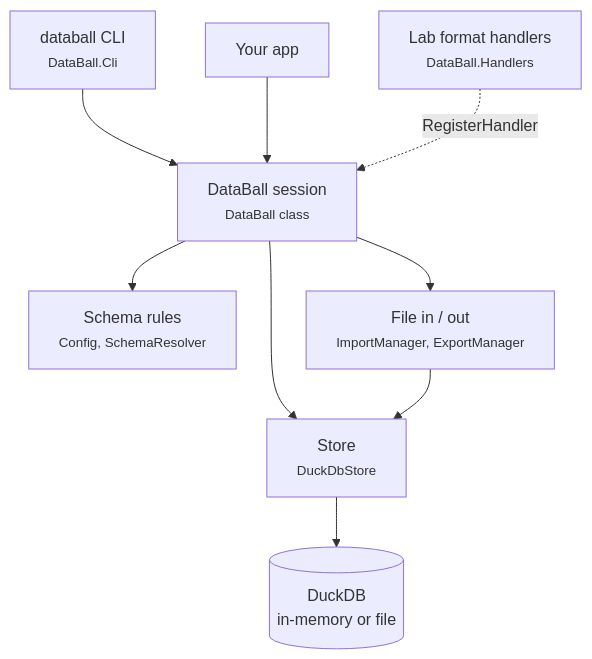
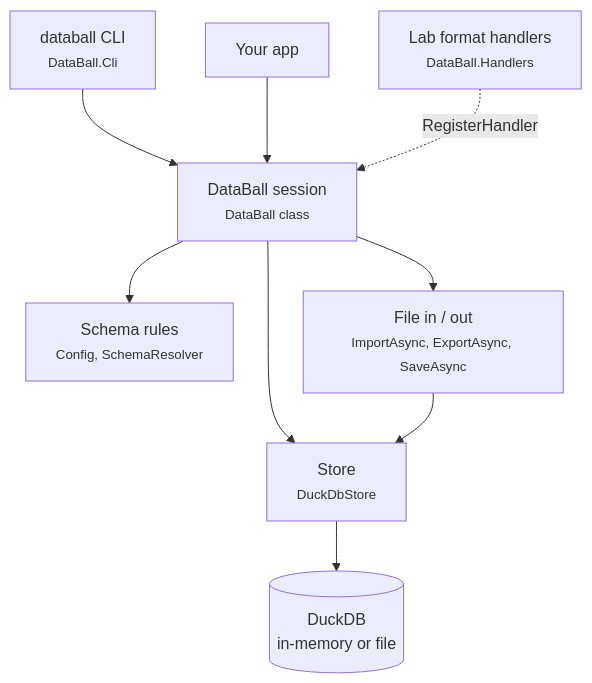
The first of 15 diagrams in docs/how-it-works.md (squalor-xyz/DataBall), drawn with Mermaid before and after one commit. The commit also changed other lines of this file and 55 other files, not shown here.

Commit message:
db-16: one way in (Open, ImportAsync) and one way out (SaveAsync, ExportAsync); rollback through TakeSnapshot/RestoreSnapshot.

````diff
--- a/docs/how-it-works.md
+++ b/docs/how-it-works.md
@@ -9,11 +9,11 @@
 ```mermaid
 flowchart TD
     CLI["databall CLI<br/><small>DataBall.Cli</small>"] --> API
     Host["Your app"] --> API
     Handlers["Lab format handlers<br/><small>DataBall.Handlers</small>"] -. "RegisterHandler" .-> API
     API["DataBall session<br/><small>DataBall class</small>"] --> Schema["Schema rules<br/><small>Config, SchemaResolver</small>"]
-    API --> IO["File in / out<br/><small>ImportManager, ExportManager</small>"]
+    API --> IO["File in / out<br/><small>ImportAsync, ExportAsync, SaveAsync</small>"]
     API --> Store["Store<br/><small>DuckDbStore</small>"]
     IO --> Store
     Store --> DuckDB[("DuckDB<br/>in-memory or file")]
 ```
````
